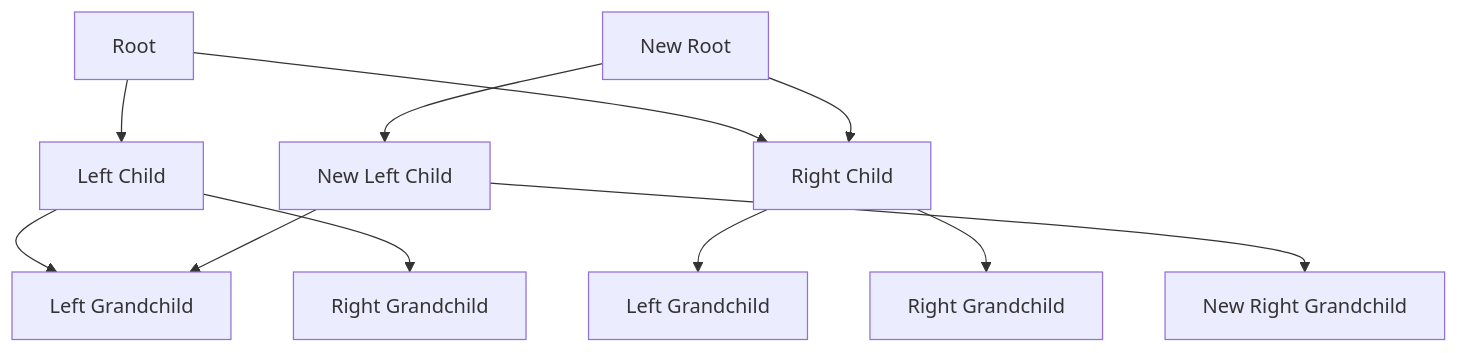
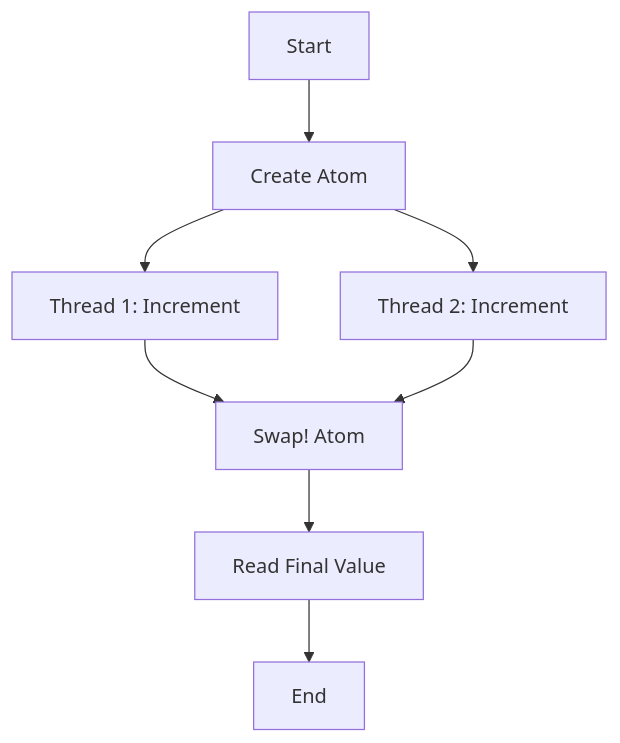
The diagram in content/1/8/1/2/index.md (MasteryEducation/ClojureForJava.com), drawn with Mermaid before and after one commit. The commit also changed other lines of this file and 915 other files, not shown here.

````diff
--- a/content/1/8/1/2/index.md
+++ b/content/1/8/1/2/index.md
@@ -115,14 +146,10 @@
 ```mermaid
 graph TD;
-    A[Root] --> B[Left Child]
-    A --> C[Right Child]
-    B --> D[Left Grandchild]
-    B --> E[Right Grandchild]
-    C --> F[Left Grandchild]
-    C --> G[Right Grandchild]
-
-    A2[New Root] --> B2[New Left Child]
-    A2 --> C
-    B2 --> D
-    B2 --> E2[New Right Grandchild]
+    A[Start] --> B[Create Atom]
+    B --> C[Thread 1: Increment]
+    B --> D[Thread 2: Increment]
+    C --> E[Swap! Atom]
+    D --> E
+    E --> F[Read Final Value]
+    F --> G[End]
 ```
````
